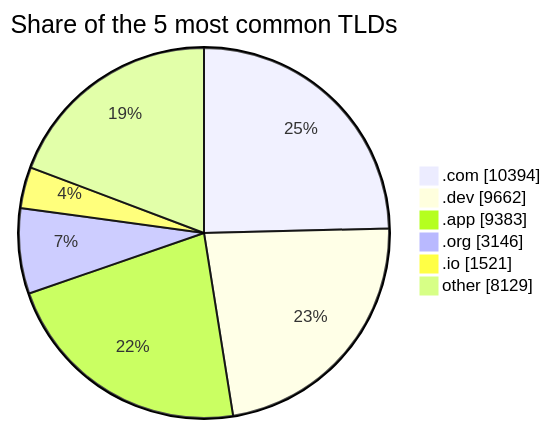
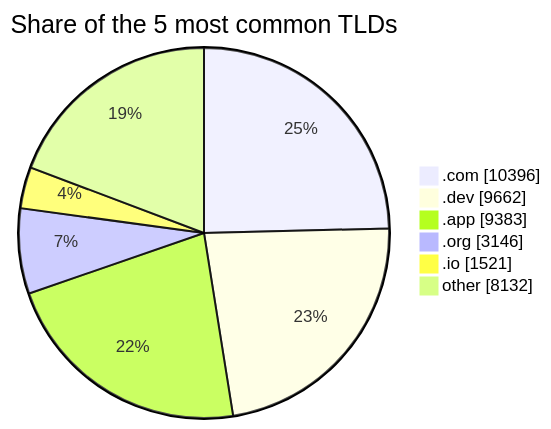
Before and after one commit to DNSBunker/CTI: the third of 3 diagrams in README.md, drawn with Mermaid. The commit also changed other lines of this file and 3 other files, not shown here.

````diff
--- a/README.md
+++ b/README.md
@@ -81,9 +81,9 @@
 ```mermaid
 pie showData title Share of the 5 most common TLDs
-    ".com" : 10394
+    ".com" : 10396
     ".dev" : 9662
     ".app" : 9383
     ".org" : 3146
     ".io" : 1521
-    "other" : 8129
+    "other" : 8132
 ```
````
